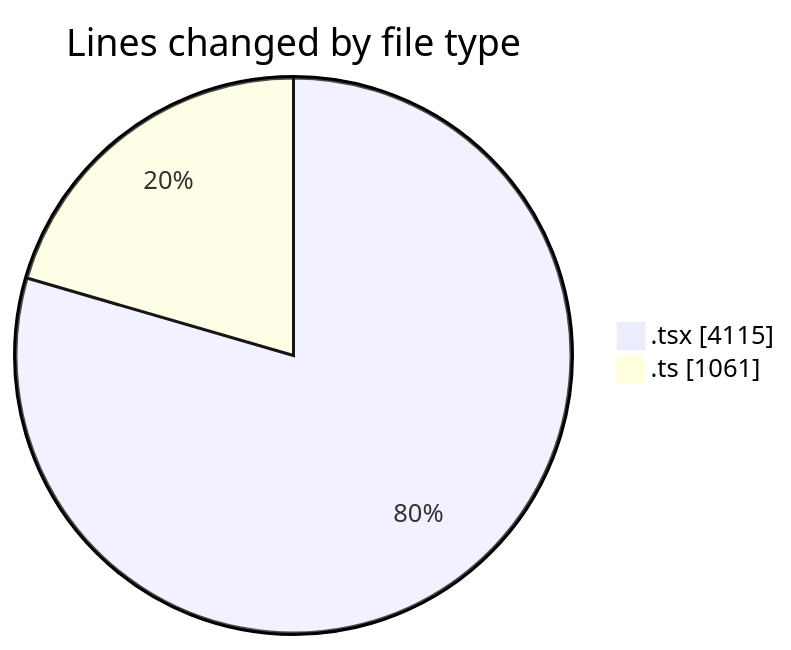
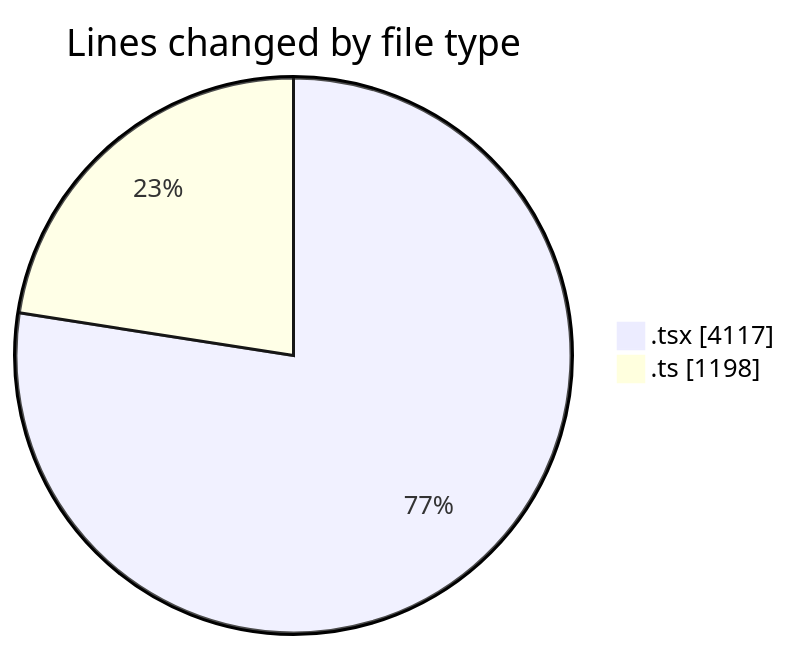
The first of 2 diagrams in 2026-02-19/nxtqube_webapp/README.md (nxtqubesakshisongat/code-tracking), drawn with Mermaid before and after one commit. The commit also changed other lines of this file and 1 other file, not shown here.

````diff
--- a/2026-02-19/nxtqube_webapp/README.md
+++ b/2026-02-19/nxtqube_webapp/README.md
@@ -31,6 +32,6 @@
 ```mermaid
 pie showData
 title Lines changed by file type
-".tsx" : 4115
-".ts" : 1061
+".tsx" : 4117
+".ts" : 1198
 ```
````
